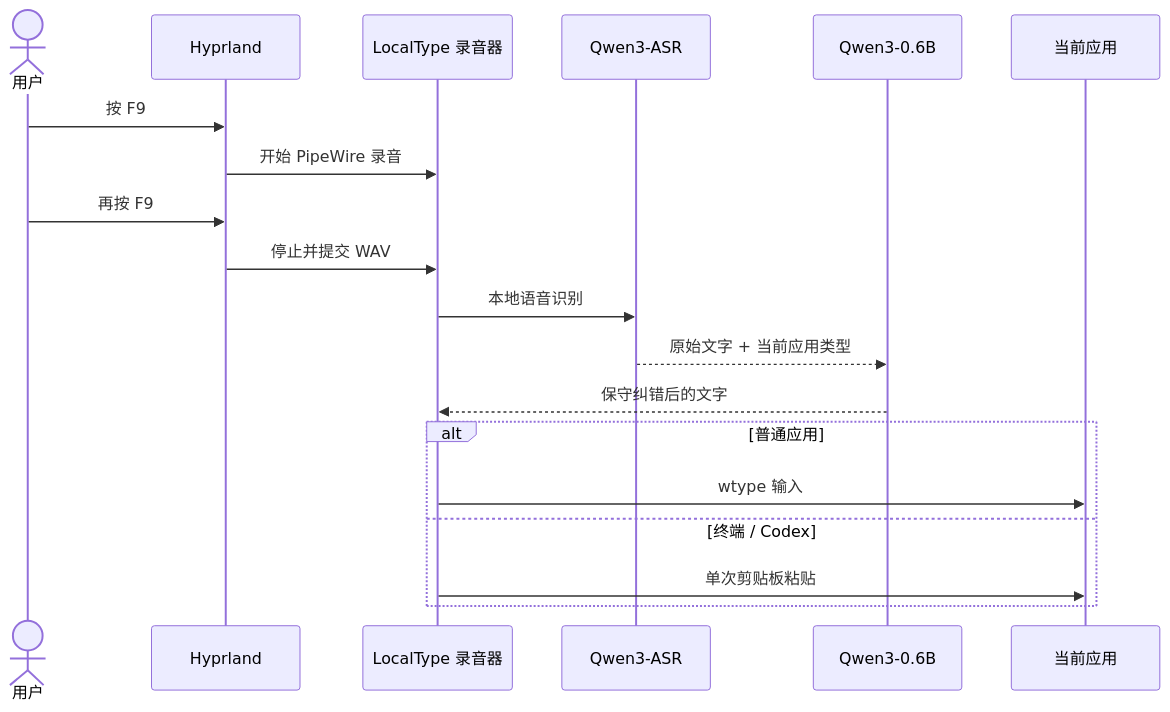
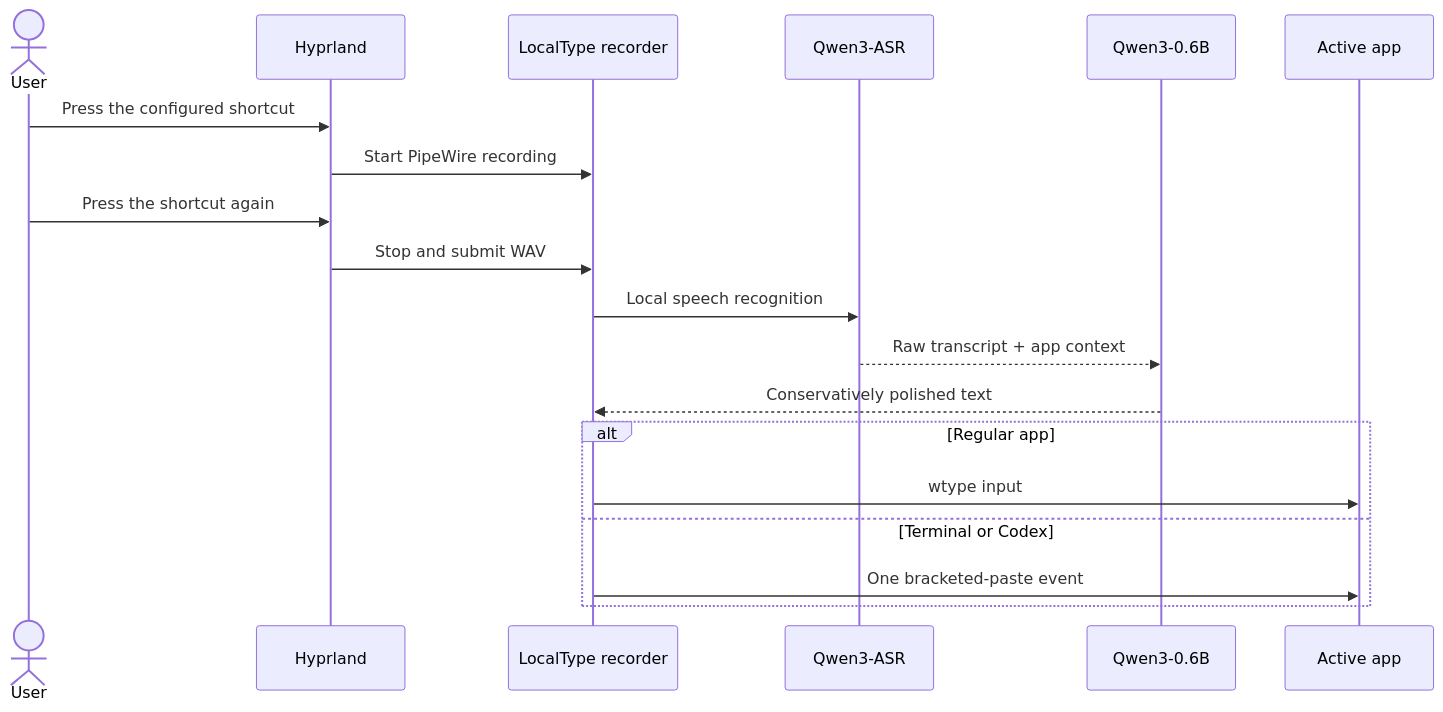
Before and after one commit to NuckyInSg/omarchy-localtype: the diagram in README.md, drawn with Mermaid. The commit also changed other lines of this file and 2 other files, not shown here.

````diff
--- a/README.md
+++ b/README.md
@@ -88,22 +97,22 @@
 ```mermaid
 sequenceDiagram
-    actor U as 用户
+    actor U as User
     participant H as Hyprland
-    participant R as LocalType 录音器
+    participant R as LocalType recorder
     participant A as Qwen3-ASR
     participant L as Qwen3-0.6B
-    participant T as 当前应用
+    participant T as Active app
 
-    U->>H: 按 F9
-    H->>R: 开始 PipeWire 录音
-    U->>H: 再按 F9
-    H->>R: 停止并提交 WAV
-    R->>A: 本地语音识别
-    A-->>L: 原始文字 + 当前应用类型
-    L-->>R: 保守纠错后的文字
-    alt 普通应用
-        R->>T: wtype 输入
-    else 终端 / Codex
-        R->>T: 单次剪贴板粘贴
+    U->>H: Press the configured shortcut
+    H->>R: Start PipeWire recording
+    U->>H: Press the shortcut again
+    H->>R: Stop and submit WAV
+    R->>A: Local speech recognition
+    A-->>L: Raw transcript + app context
+    L-->>R: Conservatively polished text
+    alt Regular app
+        R->>T: wtype input
+    else Terminal or Codex
+        R->>T: One bracketed-paste event
     end
 ```
````
